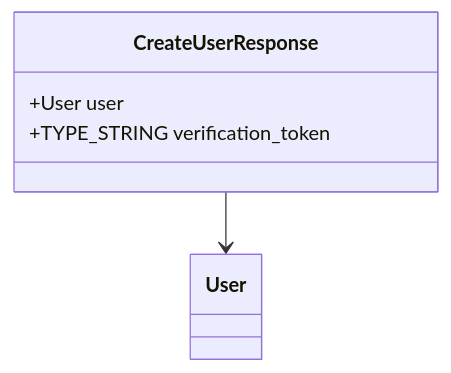
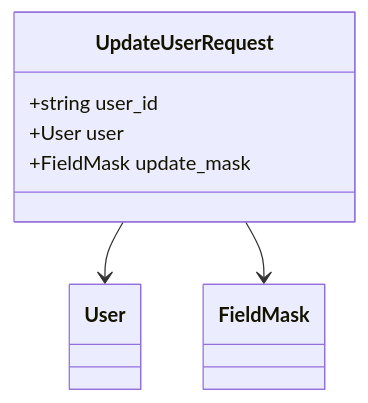
One commit to kyivinua/root changed diagram 36 of 47 in test-monorepo/docs/consolidated/UserService.md. Above: the diagram before and after it, drawn with Mermaid. The commit also changed other lines of this file and 5 other files, not shown here.

````diff
--- a/test-monorepo/docs/consolidated/UserService.md
+++ b/test-monorepo/docs/consolidated/UserService.md
@@ -733,8 +1795,10 @@
 ```mermaid
 classDiagram
-    class CreateUserResponse {
+    class UpdateUserRequest {
+        +string user_id
         +User user
-        +TYPE_STRING verification_token
+        +FieldMask update_mask
     }
-    CreateUserResponse --> User
+    UpdateUserRequest --> User
+    UpdateUserRequest --> FieldMask
 ```
````
